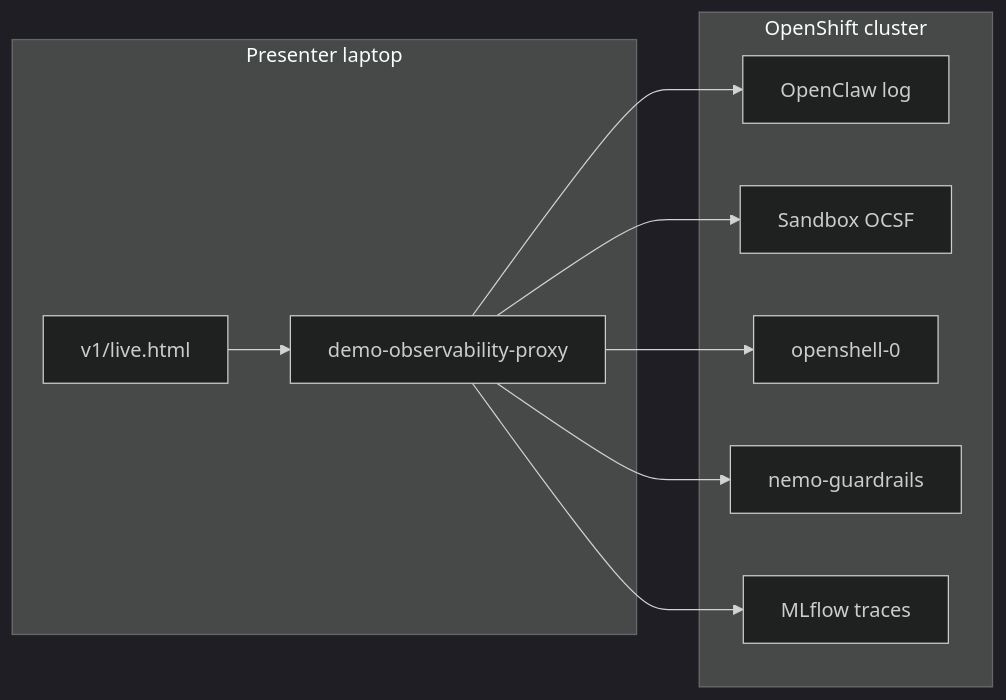
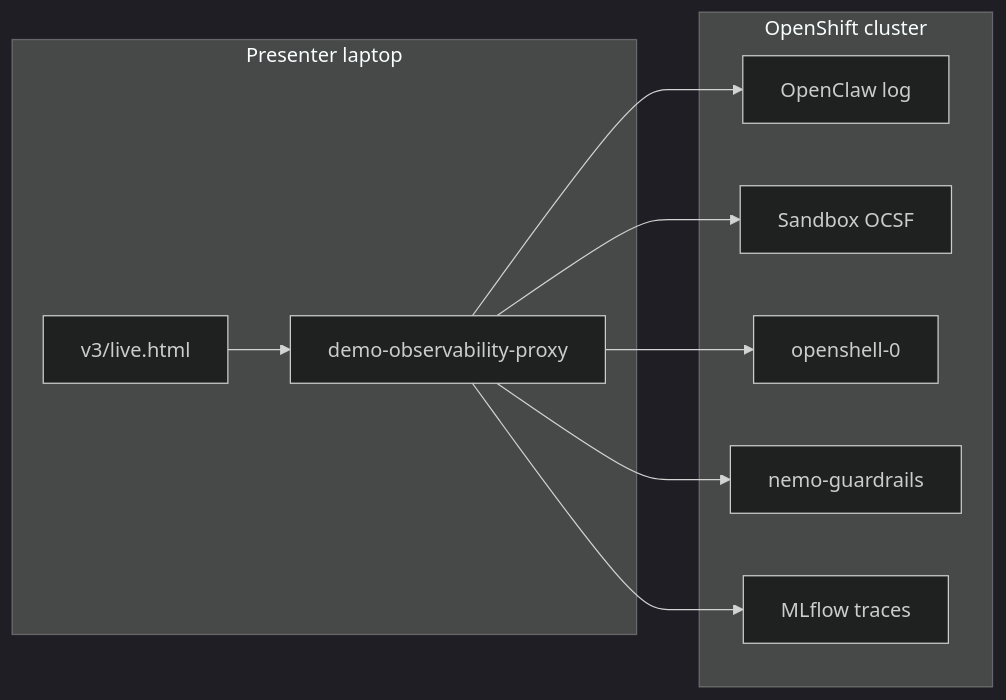
One commit to davidseve/agentops-example changed the diagram in docs/demo/demo-scenario-logs.md. Above: the diagram before and after it, drawn with Mermaid (dark theme). The commit also changed other lines of this file and 30 other files, not shown here.

````diff
--- a/docs/demo/demo-scenario-logs.md
+++ b/docs/demo/demo-scenario-logs.md
@@ -58,20 +60,20 @@
 ```mermaid
 flowchart LR
   subgraph presenter [Presenter laptop]
-    LivePanel[v1/live.html]
+    LivePanel[v3/live.html]
     Proxy[demo-observability-proxy]
   end
   subgraph cluster [OpenShift cluster]
     OC[OpenClaw log]
     OCSF[Sandbox OCSF]
     GW[openshell-0]
     NeMo[nemo-guardrails]
     MLflow[MLflow traces]
   end
   LivePanel --> Proxy
   Proxy --> OC
   Proxy --> OCSF
   Proxy --> GW
   Proxy --> NeMo
   Proxy --> MLflow
 ```
````
